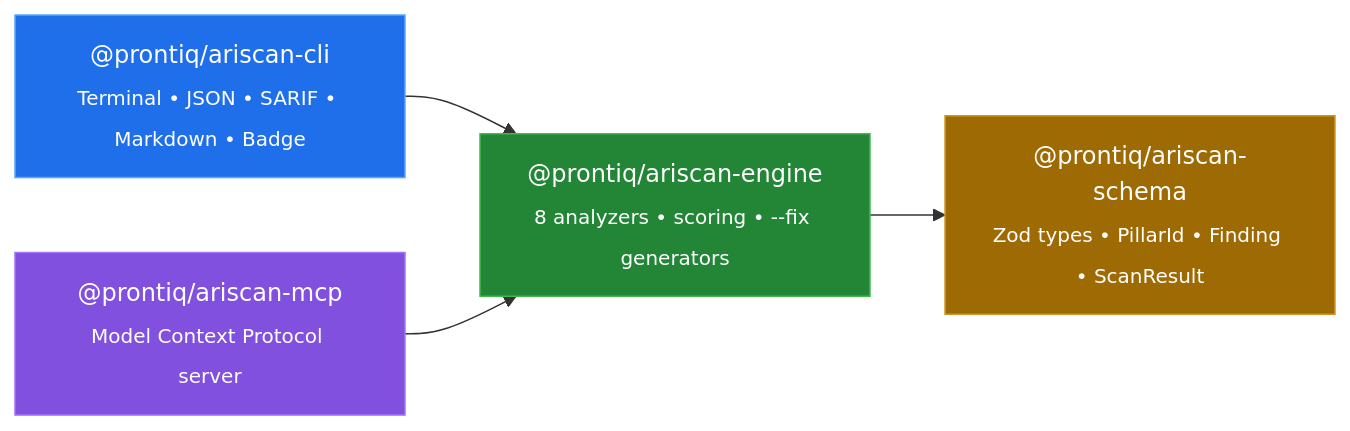
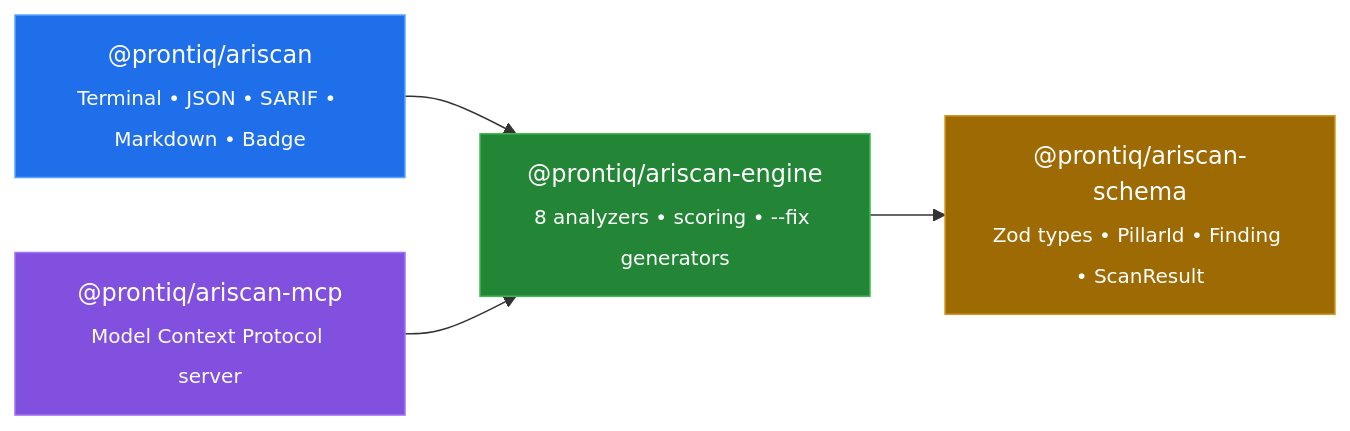
One commit to jbejenar/prontiq-ariscan changed the diagram in README.md. Above: the diagram before and after it, drawn with Mermaid. The commit also changed other lines of this file and 27 other files, not shown here.

First line of the commit message:
chore: rename npm package from @prontiq/ariscan-cli to @prontiq/ariscan

````diff
--- a/README.md
+++ b/README.md
@@ -161,16 +161,16 @@
 ```mermaid
 graph LR
-    CLI["@prontiq/ariscan-cli<br/><sub>Terminal &bull; JSON &bull; SARIF &bull; Markdown &bull; Badge</sub>"]
+    CLI["@prontiq/ariscan<br/><sub>Terminal &bull; JSON &bull; SARIF &bull; Markdown &bull; Badge</sub>"]
     MCP["@prontiq/ariscan-mcp<br/><sub>Model Context Protocol server</sub>"]
     Engine["@prontiq/ariscan-engine<br/><sub>8 analyzers &bull; scoring &bull; --fix generators</sub>"]
     Schema["@prontiq/ariscan-schema<br/><sub>Zod types &bull; PillarId &bull; Finding &bull; ScanResult</sub>"]
 
     CLI --> Engine
     MCP --> Engine
     Engine --> Schema
 
     style CLI fill:#1f6feb,stroke:#58a6ff,color:#fff
     style MCP fill:#8250df,stroke:#a371f7,color:#fff
     style Engine fill:#238636,stroke:#3fb950,color:#fff
     style Schema fill:#9e6a03,stroke:#d29922,color:#fff
 ```
````
